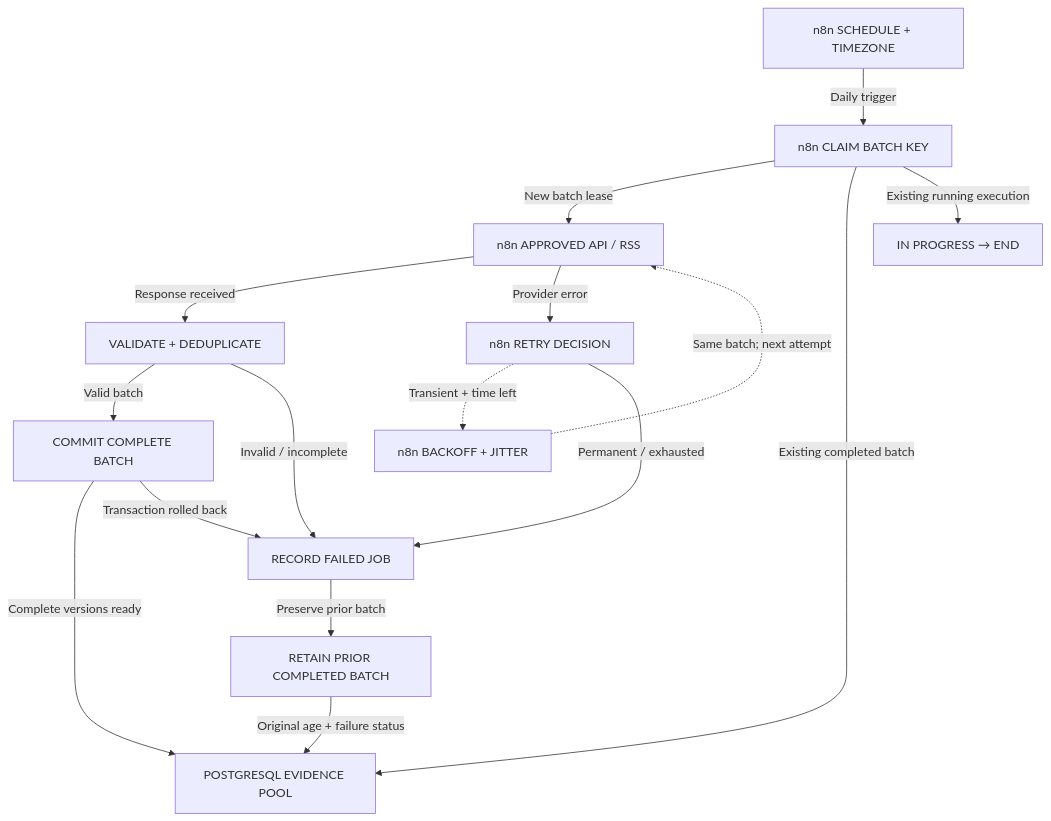
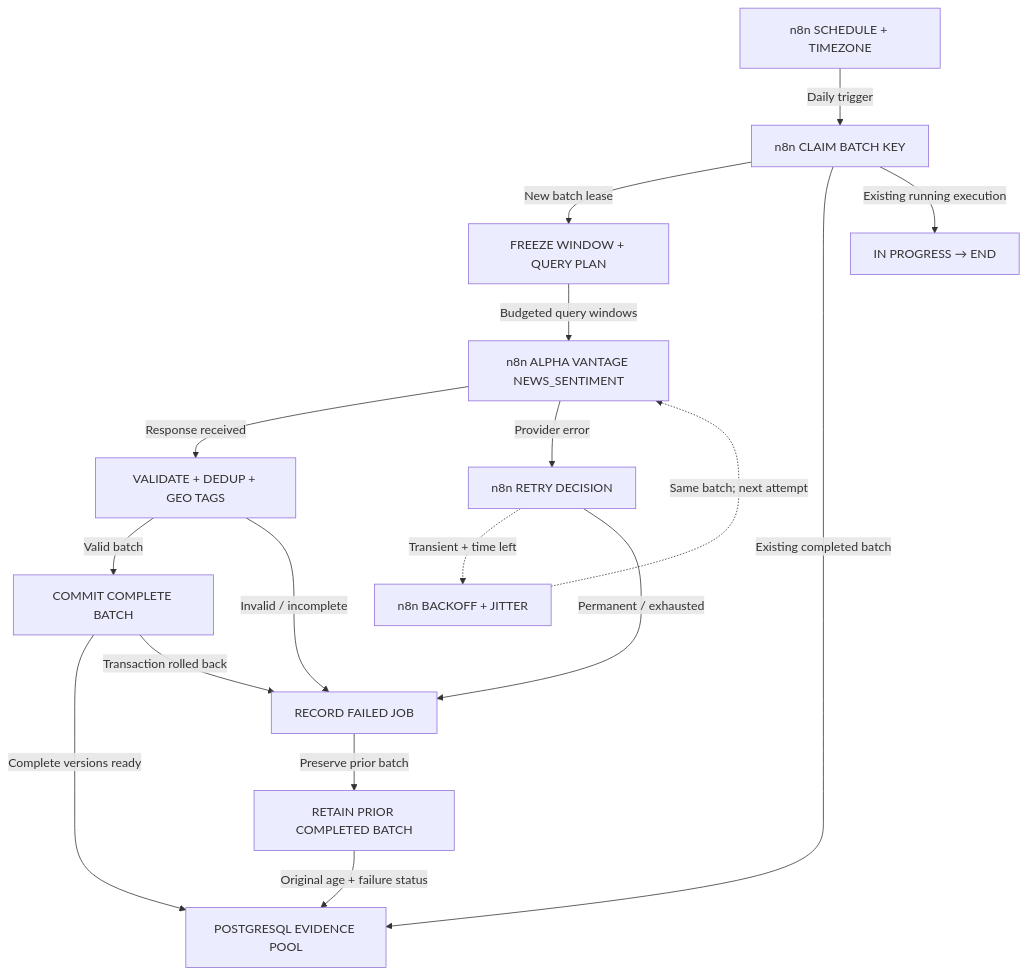
One commit to ByronHo68/ai-learning-academy changed diagram 13 of 14 in public/downloads/stock-research-workflow-atlas.md. Above: the diagram before and after it, drawn with Mermaid. The commit also changed other lines of this file and 58 other files, not shown here.

Commit message:
Specify Alpha Vantage daily news, embedding stages and user evidence order

````diff
--- a/public/downloads/stock-research-workflow-atlas.md
+++ b/public/downloads/stock-research-workflow-atlas.md
@@ -826,29 +826,31 @@
 ```mermaid
 flowchart TD
   n0["n8n SCHEDULE + TIMEZONE"]
   n1["n8n CLAIM BATCH KEY"]
   n2["IN PROGRESS → END"]
-  n3["n8n APPROVED API / RSS"]
-  n4["n8n RETRY DECISION"]
-  n5["n8n BACKOFF + JITTER"]
-  n6["VALIDATE + DEDUPLICATE"]
-  n7["COMMIT COMPLETE BATCH"]
-  n8["RECORD FAILED JOB"]
-  n9["RETAIN PRIOR COMPLETED BATCH"]
-  n10["POSTGRESQL EVIDENCE POOL"]
+  n3["FREEZE WINDOW + QUERY PLAN"]
+  n4["n8n ALPHA VANTAGE NEWS_SENTIMENT"]
+  n5["n8n RETRY DECISION"]
+  n6["n8n BACKOFF + JITTER"]
+  n7["VALIDATE + DEDUP + GEO TAGS"]
+  n8["COMMIT COMPLETE BATCH"]
+  n9["RECORD FAILED JOB"]
+  n10["RETAIN PRIOR COMPLETED BATCH"]
+  n11["POSTGRESQL EVIDENCE POOL"]
   n0 -- "Daily trigger" --> n1
   n1 -- "New batch lease" --> n3
-  n1 -- "Existing completed batch" --> n10
+  n3 -- "Budgeted query windows" --> n4
+  n1 -- "Existing completed batch" --> n11
   n1 -- "Existing running execution" --> n2
-  n3 -- "Response received" --> n6
-  n3 -- "Provider error" --> n4
-  n4 -. "Transient + time left" .-> n5
-  n5 -. "Same batch; next attempt" .-> n3
-  n4 -- "Permanent / exhausted" --> n8
-  n6 -- "Valid batch" --> n7
-  n6 -- "Invalid / incomplete" --> n8
-  n7 -- "Complete versions ready" --> n10
-  n7 -- "Transaction rolled back" --> n8
-  n8 -- "Preserve prior batch" --> n9
-  n9 -- "Original age + failure status" --> n10
+  n4 -- "Response received" --> n7
+  n4 -- "Provider error" --> n5
+  n5 -. "Transient + time left" .-> n6
+  n6 -. "Same batch; next attempt" .-> n4
+  n5 -- "Permanent / exhausted" --> n9
+  n7 -- "Valid batch" --> n8
+  n7 -- "Invalid / incomplete" --> n9
+  n8 -- "Complete versions ready" --> n11
+  n8 -- "Transaction rolled back" --> n9
+  n9 -- "Preserve prior batch" --> n10
+  n10 -- "Original age + failure status" --> n11
 ```
````
